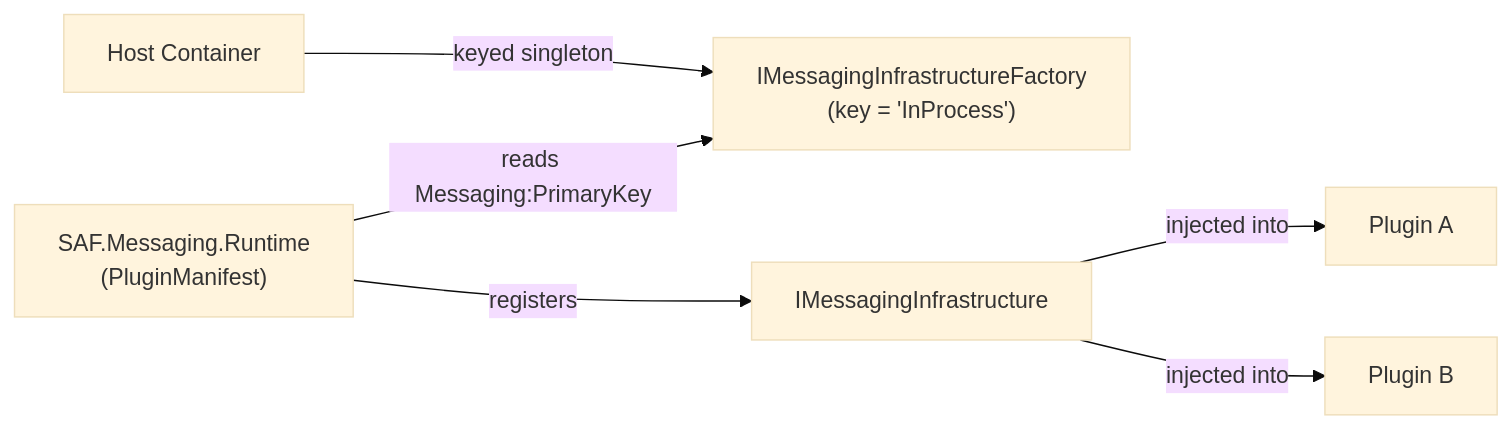
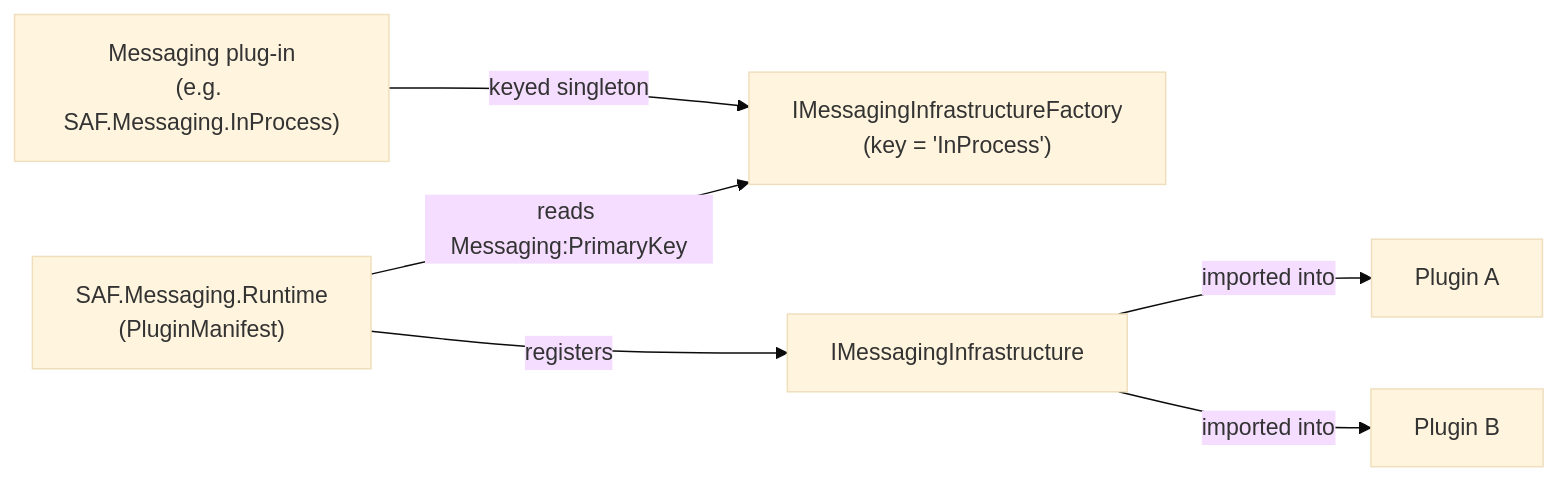
Before and after one commit to TRUMPF-IoT/saf: the diagram in docs/messaging.md, drawn with Mermaid (base theme). The commit also changed other lines of this file and 6 other files, not shown here.

Commit message:
Correct docs to match plugin-based infrastructure model

````diff
--- a/docs/messaging.md
+++ b/docs/messaging.md
@@ -40,8 +40,8 @@
 ```mermaid
 graph LR
-    HC[Host Container] -->|keyed singleton| F["IMessagingInfrastructureFactory\n(key = 'InProcess')"]
+    MPLUG["Messaging plug-in\n(e.g. SAF.Messaging.InProcess)"] -->|keyed singleton| F["IMessagingInfrastructureFactory\n(key = 'InProcess')"]
     RUNTIME["SAF.Messaging.Runtime\n(PluginManifest)"] -->|reads Messaging:PrimaryKey| F
     RUNTIME -->|registers| I[IMessagingInfrastructure]
-    I -->|injected into| PA[Plugin A]
-    I -->|injected into| PB[Plugin B]
+    I -->|imported into| PA[Plugin A]
+    I -->|imported into| PB[Plugin B]
 ```
````
